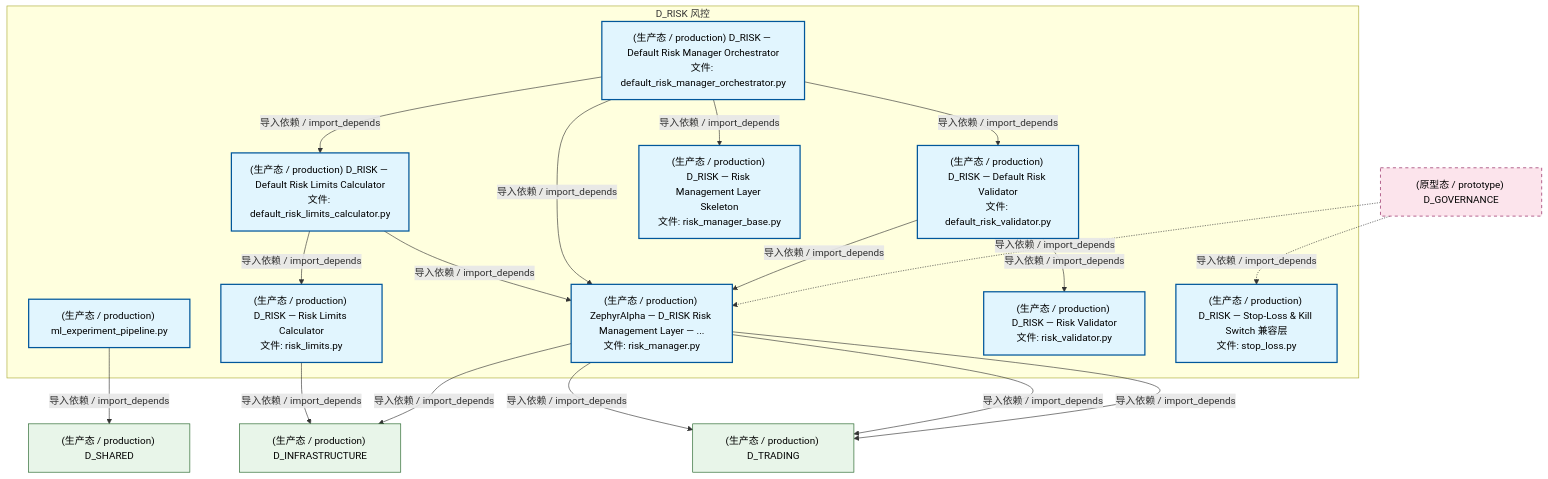
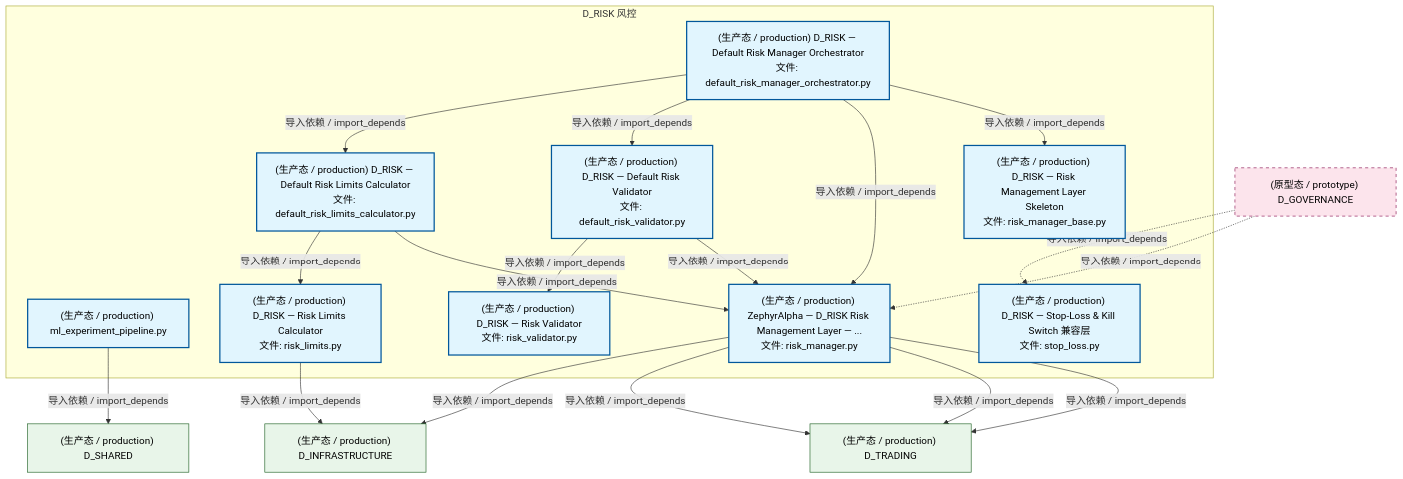
One commit to xuanFelixVan/ZephyrAlpha changed the second of 4 diagrams in docs/02_enterprise_architecture/02_domain_architecture_docs/54_d_risk.md. Above: the diagram before and after it, drawn with Mermaid. The commit also changed other lines of this file and 126 other files, not shown here.

````diff
--- a/docs/02_enterprise_architecture/02_domain_architecture_docs/54_d_risk.md
+++ b/docs/02_enterprise_architecture/02_domain_architecture_docs/54_d_risk.md
@@ -186,41 +133,41 @@
 ```mermaid
 graph TD
     subgraph D_RISK["D_RISK 风控"]
         src_zephyr_risk_cross_asset_cross_market_data_adapter_ml_experiment_pipeline_py["(生产态 / production) ml_experiment_pipeline.py"]
         src_zephyr_risk_implementations_default_risk_limits_calculator_py["(生产态 / production) D_RISK — Default Risk Limits Calculator<br/>文件: default_risk_limits_calculator.py"]
         src_zephyr_risk_implementations_default_risk_manager_orchestrator_py["(生产态 / production) D_RISK — Default Risk Manager Orchestrator<br/>文件: default_risk_manager_orchestrator.py"]
         src_zephyr_risk_implementations_default_risk_validator_py["(生产态 / production) D_RISK — Default Risk Validator<br/>文件: default_risk_validator.py"]
         src_zephyr_risk_risk_limits_py["(生产态 / production) D_RISK — Risk Limits Calculator<br/>文件: risk_limits.py"]
         src_zephyr_risk_risk_manager_py["(生产态 / production) ZephyrAlpha — D_RISK Risk Management Layer — ...<br/>文件: risk_manager.py"]
         src_zephyr_risk_risk_manager_base_py["(生产态 / production) D_RISK — Risk Management Layer Skeleton<br/>文件: risk_manager_base.py"]
         src_zephyr_risk_risk_validator_py["(生产态 / production) D_RISK — Risk Validator<br/>文件: risk_validator.py"]
         src_zephyr_risk_stop_loss_py["(生产态 / production) D_RISK — Stop-Loss & Kill Switch 兼容层<br/>文件: stop_loss.py"]
     end
+    src_zephyr_risk_implementations_default_risk_validator_py -->|导入依赖 / import_depends| src_zephyr_risk_risk_manager_py
+    src_zephyr_risk_implementations_default_risk_validator_py -->|导入依赖 / import_depends| src_zephyr_risk_risk_validator_py
+    src_zephyr_risk_implementations_default_risk_limits_calculator_py -->|导入依赖 / import_depends| src_zephyr_risk_risk_manager_py
     src_zephyr_risk_implementations_default_risk_limits_calculator_py -->|导入依赖 / import_depends| src_zephyr_risk_risk_limits_py
-    src_zephyr_risk_implementations_default_risk_limits_calculator_py -->|导入依赖 / import_depends| src_zephyr_risk_risk_manager_py
     src_zephyr_risk_implementations_default_risk_manager_orchestrator_py -->|导入依赖 / import_depends| src_zephyr_risk_risk_manager_base_py
     src_zephyr_risk_implementations_default_risk_manager_orchestrator_py -->|导入依赖 / import_depends| src_zephyr_risk_risk_manager_py
+    src_zephyr_risk_implementations_default_risk_manager_orchestrator_py -->|导入依赖 / import_depends| src_zephyr_risk_implementations_default_risk_validator_py
     src_zephyr_risk_implementations_default_risk_manager_orchestrator_py -->|导入依赖 / import_depends| src_zephyr_risk_implementations_default_risk_limits_calculator_py
-    src_zephyr_risk_implementations_default_risk_manager_orchestrator_py -->|导入依赖 / import_depends| src_zephyr_risk_implementations_default_risk_validator_py
-    src_zephyr_risk_implementations_default_risk_validator_py -->|导入依赖 / import_depends| src_zephyr_risk_risk_manager_py
-    src_zephyr_risk_implementations_default_risk_validator_py -->|导入依赖 / import_depends| src_zephyr_risk_risk_validator_py
     D_TRADING["(生产态 / production) D_TRADING"]
+    src_zephyr_risk_risk_manager_py -->|导入依赖 / import_depends| D_TRADING
     src_zephyr_risk_risk_manager_py -->|导入依赖 / import_depends| D_TRADING
     src_zephyr_risk_risk_manager_py -->|导入依赖 / import_depends| D_TRADING
     D_INFRASTRUCTURE["(生产态 / production) D_INFRASTRUCTURE"]
     src_zephyr_risk_risk_limits_py -->|导入依赖 / import_depends| D_INFRASTRUCTURE
-    src_zephyr_risk_risk_manager_py -->|导入依赖 / import_depends| D_TRADING
     src_zephyr_risk_risk_manager_py -->|导入依赖 / import_depends| D_INFRASTRUCTURE
     D_SHARED["(生产态 / production) D_SHARED"]
     src_zephyr_risk_cross_asset_cross_market_data_adapter_ml_experiment_pipeline_py -->|导入依赖 / import_depends| D_SHARED
     D_GOVERNANCE["(原型态 / prototype) D_GOVERNANCE"]
     D_GOVERNANCE -.->|导入依赖 / import_depends| src_zephyr_risk_risk_manager_py
     D_GOVERNANCE -.->|导入依赖 / import_depends| src_zephyr_risk_stop_loss_py
     classDef production fill:#e1f5fe,stroke:#01579b,stroke-width:2px,color:#000
     classDef design fill:#fff3e0,stroke:#e65100,stroke-width:2px,color:#000,stroke-dasharray: 5 5
     classDef external_prod fill:#e8f5e9,stroke:#1b5e20,stroke-width:1px,color:#000
     classDef external_design fill:#fce4ec,stroke:#880e4f,stroke-width:1px,color:#000,stroke-dasharray: 5 5
     class src_zephyr_risk_cross_asset_cross_market_data_adapter_ml_experiment_pipeline_py,src_zephyr_risk_implementations_default_risk_limits_calculator_py,src_zephyr_risk_implementations_default_risk_manager_orchestrator_py,src_zephyr_risk_implementations_default_risk_validator_py,src_zephyr_risk_risk_limits_py,src_zephyr_risk_risk_manager_py,src_zephyr_risk_risk_manager_base_py,src_zephyr_risk_risk_validator_py,src_zephyr_risk_stop_loss_py production
     class D_TRADING,D_INFRASTRUCTURE,D_SHARED external_prod
     class D_GOVERNANCE external_design
 ```
````
